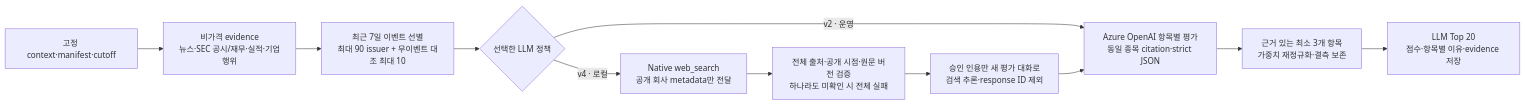
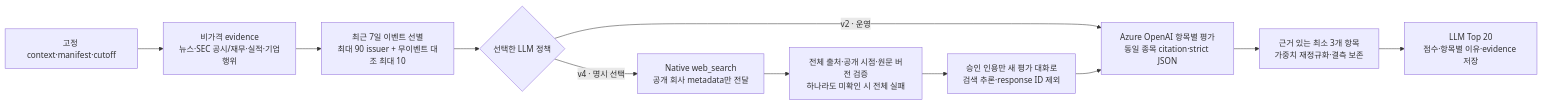
Before and after one commit to brjeong-private/sp500-candidate-engine: the fourth of 5 diagrams in README.md, drawn with Mermaid. The commit also changed other lines of this file and 20 other files, not shown here.

First line of the commit message:
Reconcile model and LLM architecture with verified production baseline

````diff
--- a/README.md
+++ b/README.md
@@ -396,13 +398,13 @@
 ```mermaid
 flowchart LR
     Context["고정 context·manifest·cutoff"] --> Evidence["비가격 evidence<br/>뉴스·SEC 공시/재무·실적·기업행위"]
     Evidence --> Screening["최근 7일 이벤트 선별<br/>최대 90 issuer + 무이벤트 대조 최대 10"]
     Screening --> Policy{"선택한 LLM 정책"}
     Policy -->|"v2 · 운영"| Assessment["Azure OpenAI 항목별 평가<br/>동일 종목 citation·strict JSON"]
-    Policy -->|"v4 · 로컬"| Search["Native web_search<br/>공개 회사 metadata만 전달"]
+    Policy -->|"v4 · 명시 선택"| Search["Native web_search<br/>공개 회사 metadata만 전달"]
     Search --> Admission["전체 출처·공개 시점·원문 버전 검증<br/>하나라도 미확인 시 전체 실패"]
     Admission --> Clean["승인 인용만 새 평가 대화로<br/>검색 추론·response ID 제외"]
     Clean --> Assessment
     Assessment --> Score["근거 있는 최소 3개 항목<br/>가중치 재정규화·결측 보존"]
     Score --> Result["LLM Top 20<br/>점수·항목별 이유·evidence 저장"]
 ```
````
